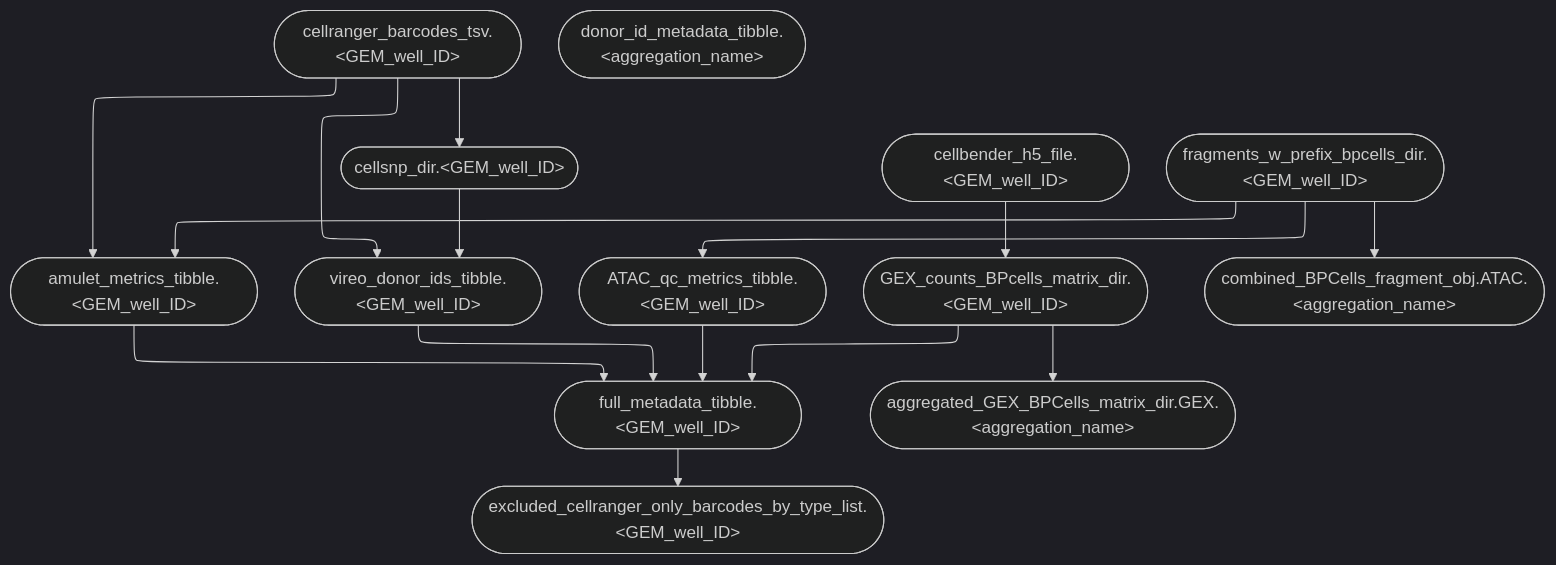
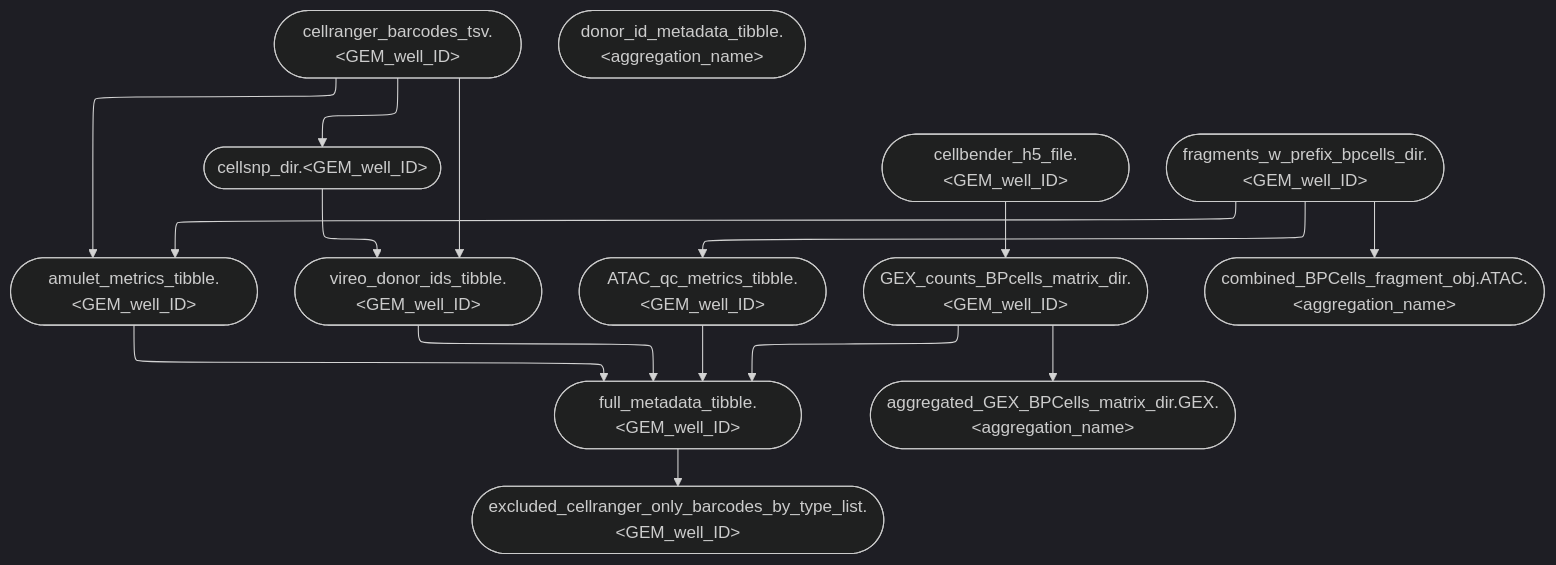
The diagram in website/figures/human_curated/parallel_v2.mmd (koefoeden/multiomeR), drawn with Mermaid (dark theme) before and after one commit. The commit also changed other lines of this file and 25 other files, not shown here.

```diff
--- a/website/figures/human_curated/parallel_v2.mmd
+++ b/website/figures/human_curated/parallel_v2.mmd
@@ -1,17 +1,17 @@
 %%{init: {'flowchart': {'defaultRenderer': 'elk'}}}%%
 flowchart TB
   cellranger_barcodes_tsv.healthy_PBMC_human(["cellranger_barcodes_tsv.&lt;GEM_well_ID&gt;"]):::none --> amulet_metrics_tibble.healthy_PBMC_human(["amulet_metrics_tibble.&lt;GEM_well_ID&gt;"]):::none
   cellranger_barcodes_tsv.healthy_PBMC_human(["cellranger_barcodes_tsv.&lt;GEM_well_ID&gt;"]):::none --> cellsnp_dir.healthy_PBMC_human(["cellsnp_dir.&lt;GEM_well_ID&gt;"]):::none
   full_metadata_tibble.healthy_PBMC_human(["full_metadata_tibble.&lt;GEM_well_ID&gt;"]):::none --> excluded_cellranger_only_barcodes_by_type_list.healthy_PBMC_human(["excluded_cellranger_only_barcodes_by_type_list.&lt;GEM_well_ID&gt;"]):::none
+  amulet_metrics_tibble.healthy_PBMC_human(["amulet_metrics_tibble.&lt;GEM_well_ID&gt;"]):::none --> full_metadata_tibble.healthy_PBMC_human(["full_metadata_tibble.&lt;GEM_well_ID&gt;"]):::none
   vireo_donor_ids_tibble.healthy_PBMC_human(["vireo_donor_ids_tibble.&lt;GEM_well_ID&gt;"]):::none --> full_metadata_tibble.healthy_PBMC_human(["full_metadata_tibble.&lt;GEM_well_ID&gt;"]):::none
-  amulet_metrics_tibble.healthy_PBMC_human(["amulet_metrics_tibble.&lt;GEM_well_ID&gt;"]):::none --> full_metadata_tibble.healthy_PBMC_human(["full_metadata_tibble.&lt;GEM_well_ID&gt;"]):::none
   ATAC_qc_metrics_tibble.healthy_PBMC_human(["ATAC_qc_metrics_tibble.&lt;GEM_well_ID&gt;"]):::none --> full_metadata_tibble.healthy_PBMC_human(["full_metadata_tibble.&lt;GEM_well_ID&gt;"]):::none
   cellbender_h5_file.healthy_PBMC_human(["cellbender_h5_file.&lt;GEM_well_ID&gt;"]):::none --> GEX_counts_BPcells_matrix_dir.healthy_PBMC_human(["GEX_counts_BPcells_matrix_dir.&lt;GEM_well_ID&gt;"]):::none
+  cellranger_barcodes_tsv.healthy_PBMC_human(["cellranger_barcodes_tsv.&lt;GEM_well_ID&gt;"]):::none --> vireo_donor_ids_tibble.healthy_PBMC_human(["vireo_donor_ids_tibble.&lt;GEM_well_ID&gt;"]):::none
   cellsnp_dir.healthy_PBMC_human(["cellsnp_dir.&lt;GEM_well_ID&gt;"]):::none --> vireo_donor_ids_tibble.healthy_PBMC_human(["vireo_donor_ids_tibble.&lt;GEM_well_ID&gt;"]):::none
-  cellranger_barcodes_tsv.healthy_PBMC_human(["cellranger_barcodes_tsv.&lt;GEM_well_ID&gt;"]):::none --> vireo_donor_ids_tibble.healthy_PBMC_human(["vireo_donor_ids_tibble.&lt;GEM_well_ID&gt;"]):::none
   fragments_w_prefix_bpcells_dir.healthy_PBMC_human(["fragments_w_prefix_bpcells_dir.&lt;GEM_well_ID&gt;"]):::none --> amulet_metrics_tibble.healthy_PBMC_human(["amulet_metrics_tibble.&lt;GEM_well_ID&gt;"]):::none
   fragments_w_prefix_bpcells_dir.healthy_PBMC_human(["fragments_w_prefix_bpcells_dir.&lt;GEM_well_ID&gt;"]):::none --> ATAC_qc_metrics_tibble.healthy_PBMC_human(["ATAC_qc_metrics_tibble.&lt;GEM_well_ID&gt;"]):::none
   fragments_w_prefix_bpcells_dir.healthy_PBMC_human(["fragments_w_prefix_bpcells_dir.&lt;GEM_well_ID&gt;"]):::none --> combined_BPCells_fragment_obj.ATAC.immune_human_2x(["combined_BPCells_fragment_obj.ATAC.&lt;aggregation_name&gt;"]):::none
   GEX_counts_BPcells_matrix_dir.healthy_PBMC_human(["GEX_counts_BPcells_matrix_dir.&lt;GEM_well_ID&gt;"]):::none --> full_metadata_tibble.healthy_PBMC_human(["full_metadata_tibble.&lt;GEM_well_ID&gt;"]):::none
   GEX_counts_BPcells_matrix_dir.healthy_PBMC_human(["GEX_counts_BPcells_matrix_dir.&lt;GEM_well_ID&gt;"]):::none --> aggregated_GEX_BPCells_matrix_dir.GEX.immune_human_2x(["aggregated_GEX_BPCells_matrix_dir.GEX.&lt;aggregation_name&gt;"]):::none
   donor_id_metadata_tibble.immune_human_2x(["donor_id_metadata_tibble.&lt;aggregation_name&gt;"]):::none
```
